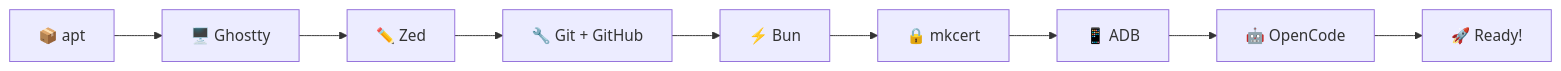
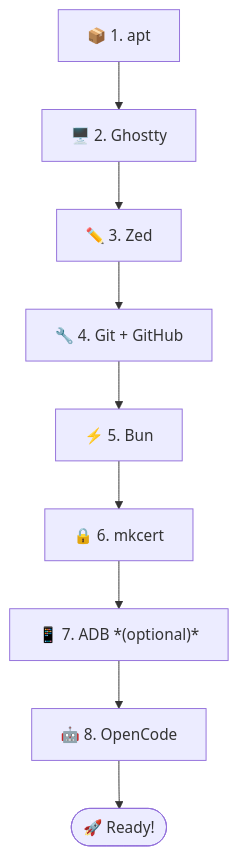
Before and after one commit to nasti-cpu/neural-flight-v2: the diagram in tutorials/linux.md, drawn with Mermaid. The commit also changed 5 other files, not shown here.

Commit message:
style: 💄 switch Mermaid diagrams from LR to TD

````diff
--- a/tutorials/linux.md
+++ b/tutorials/linux.md
@@ -5,11 +5,11 @@
 ```mermaid
-flowchart LR
-    A[📦 apt] --> B[🖥️ Ghostty]
-    B --> C[✏️ Zed]
-    C --> D[🔧 Git + GitHub]
-    D --> E[⚡ Bun]
-    E --> F[🔒 mkcert]
-    F --> G[📱 ADB]
-    G --> H[🤖 OpenCode]
-    H --> I[🚀 Ready!]
+flowchart TD
+    A["📦 1. apt"] --> B["🖥️ 2. Ghostty"]
+    B --> C["✏️ 3. Zed"]
+    C --> D["🔧 4. Git + GitHub"]
+    D --> E["⚡ 5. Bun"]
+    E --> F["🔒 6. mkcert"]
+    F --> G["📱 7. ADB *(optional)*"]
+    G --> H["🤖 8. OpenCode"]
+    H --> I(["🚀 Ready!"])
 ```
````
